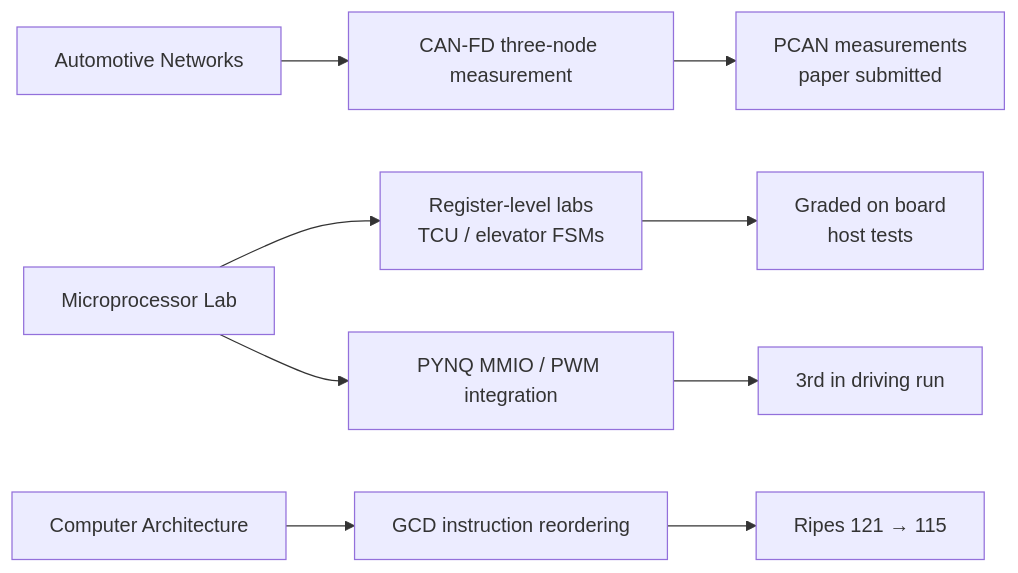
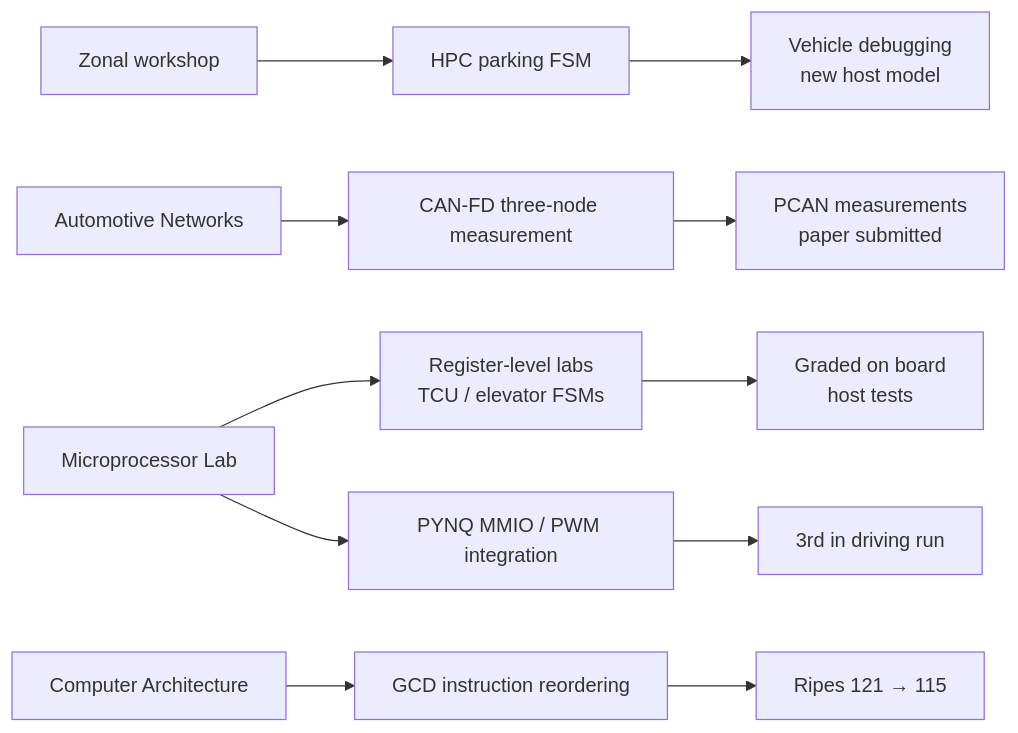
Before and after one commit to choiYhunn/choiYhunn: the diagram in README.en.md, drawn with Mermaid. The commit also changed other lines of this file and 11 other files, not shown here.

First line of the commit message:
Restore Zonal HPC contribution and publish revised technical notes (#17)

````diff
--- a/README.en.md
+++ b/README.en.md
@@ -43,7 +44,8 @@
 ```mermaid
 flowchart LR
+    ZE["Zonal workshop"] --> HP["HPC parking FSM"] --> HV["Vehicle debugging<br/>new host model"]
     VN["Automotive Networks"] --> CF["CAN-FD three-node measurement"] --> CFV["PCAN measurements<br/>paper submitted"]
     ML["Microprocessor Lab"] --> WL["Register-level labs<br/>TCU / elevator FSMs"] --> WLV["Graded on board<br/>host tests"]
     ML --> PQ["PYNQ MMIO / PWM integration"] --> PQV["3rd in driving run"]
     CA["Computer Architecture"] --> RV["GCD instruction reordering"] --> RVV["Ripes 121 → 115"]
 ```
````
